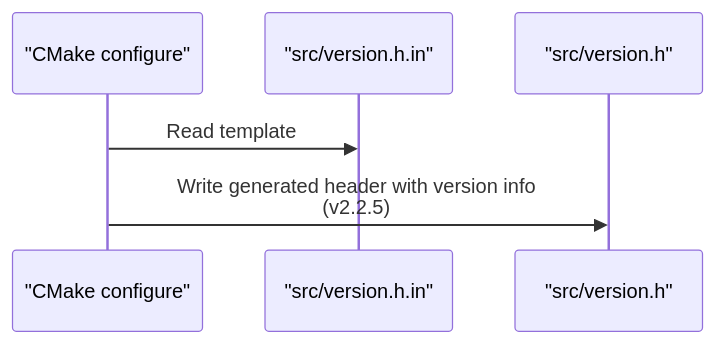
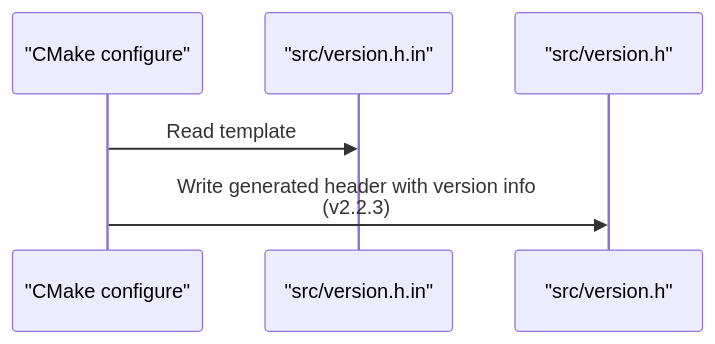
The sixth of 8 diagrams in .qoder/repowiki/en/content/Build System and Configuration.md (ShujiaHuang/BaseVar2), drawn with Mermaid before and after one commit. The commit also changed other lines of this file and 6 other files, not shown here.

````diff
--- a/.qoder/repowiki/en/content/Build System and Configuration.md
+++ b/.qoder/repowiki/en/content/Build System and Configuration.md
@@ -291,8 +305,8 @@
 ```mermaid
 sequenceDiagram
 participant CMake as "CMake configure"
 participant Tmpl as "src/version.h.in"
 participant Out as "src/version.h"
 CMake->>Tmpl : Read template
-CMake->>Out : Write generated header with version info<br/>(v2.2.5)
+CMake->>Out : Write generated header with version info<br/>(v2.2.3)
 ```
````
